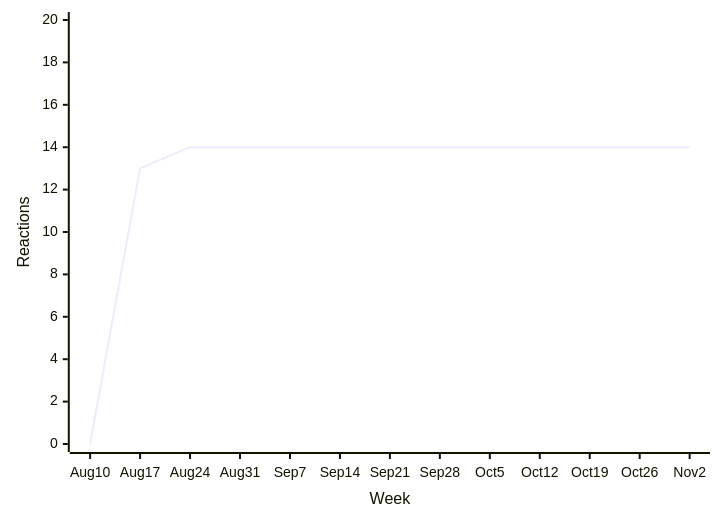
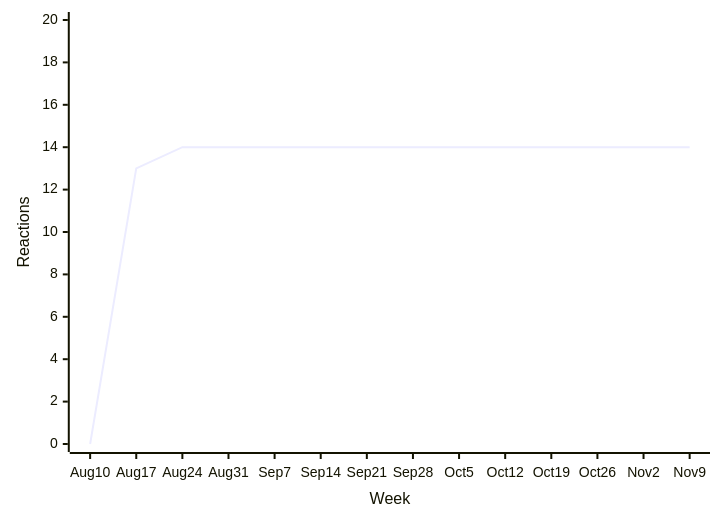
Before and after one commit to loic-sharma/github-insights: the tenth of 38 diagrams in README.md, drawn with Mermaid. The commit also changed other lines of this file and 3 other files, not shown here.

````diff
--- a/README.md
+++ b/README.md
@@ -511,6 +477,6 @@
   ```mermaid
   xychart-beta
-    x-axis "Week" [Aug 10, Aug 17, Aug 24, Aug 31, Sep 7, Sep 14, Sep 21, Sep 28, Oct 5, Oct 12, Oct 19, Oct 26, Nov 2]
+    x-axis "Week" [Aug 10, Aug 17, Aug 24, Aug 31, Sep 7, Sep 14, Sep 21, Sep 28, Oct 5, Oct 12, Oct 19, Oct 26, Nov 2, Nov 9]
     y-axis "Reactions" 0 --> 20
-    line [0, 13, 14, 14, 14, 14, 14, 14, 14, 14, 14, 14, 14]
+    line [0, 13, 14, 14, 14, 14, 14, 14, 14, 14, 14, 14, 14, 14]
   ```
````
